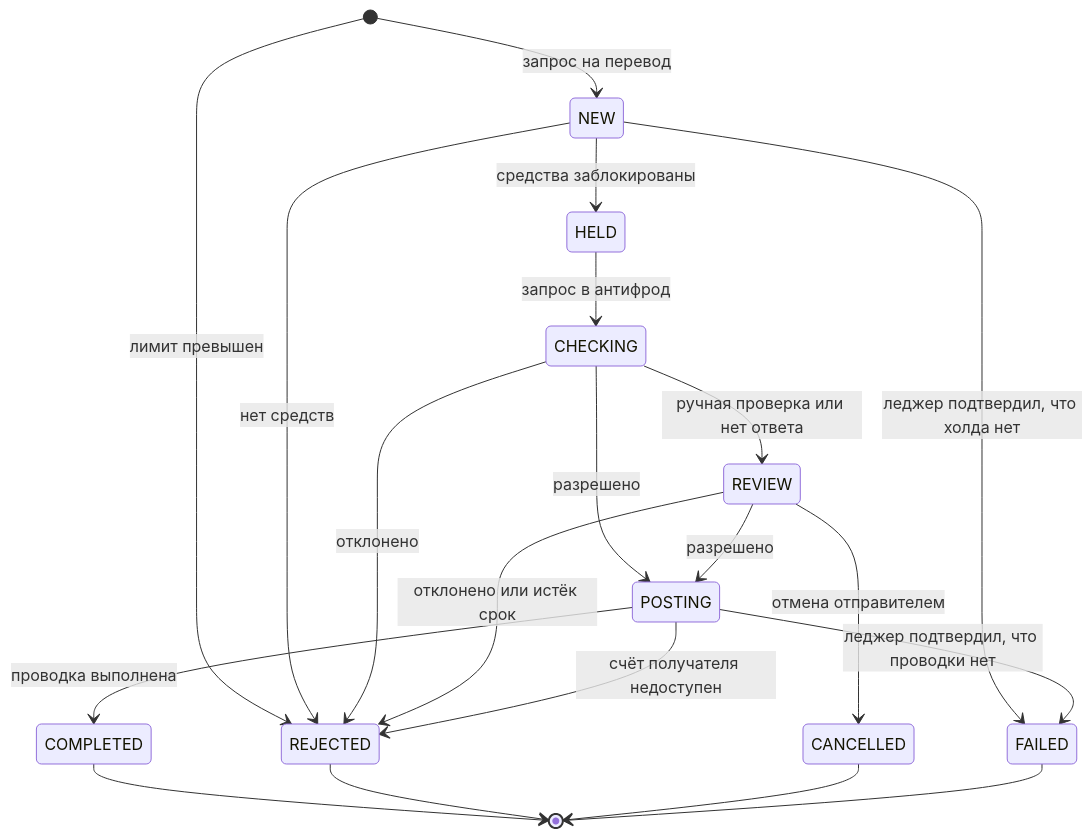
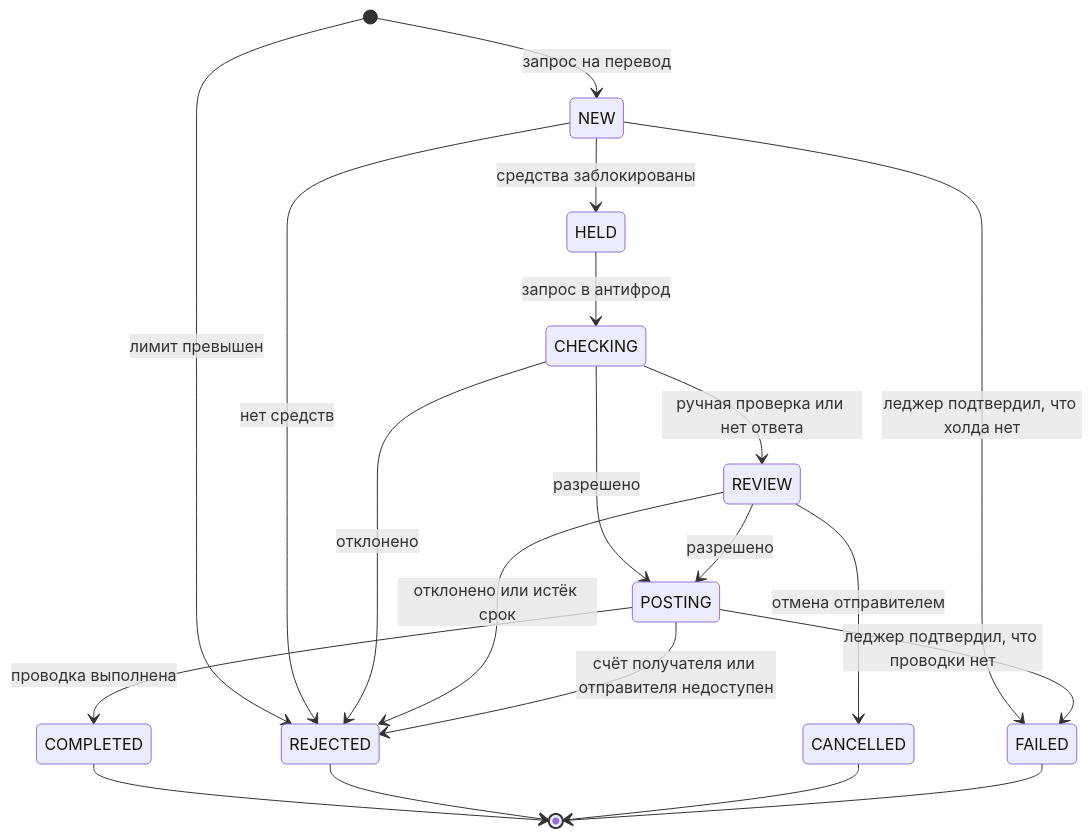
One commit to KORTEZZ12/phone-transfers changed the diagram in docs/design/transfer-states.md. Above: the diagram before and after it, drawn with Mermaid. The commit also changed other lines of this file and 8 other files, not shown here.

````diff
--- a/docs/design/transfer-states.md
+++ b/docs/design/transfer-states.md
@@ -5,22 +5,22 @@
 ```mermaid
 stateDiagram-v2
   [*] --> NEW: запрос на перевод
   [*] --> REJECTED: лимит превышен
   NEW --> HELD: средства заблокированы
   NEW --> REJECTED: нет средств
   NEW --> FAILED: леджер подтвердил, что холда нет
   HELD --> CHECKING: запрос в антифрод
   CHECKING --> POSTING: разрешено
   CHECKING --> REJECTED: отклонено
   CHECKING --> REVIEW: ручная проверка или нет ответа
   REVIEW --> POSTING: разрешено
   REVIEW --> REJECTED: отклонено или истёк срок
   REVIEW --> CANCELLED: отмена отправителем
   POSTING --> COMPLETED: проводка выполнена
-  POSTING --> REJECTED: счёт получателя недоступен
+  POSTING --> REJECTED: счёт получателя или отправителя недоступен
   POSTING --> FAILED: леджер подтвердил, что проводки нет
   COMPLETED --> [*]
   REJECTED --> [*]
   CANCELLED --> [*]
   FAILED --> [*]
 ```
````
